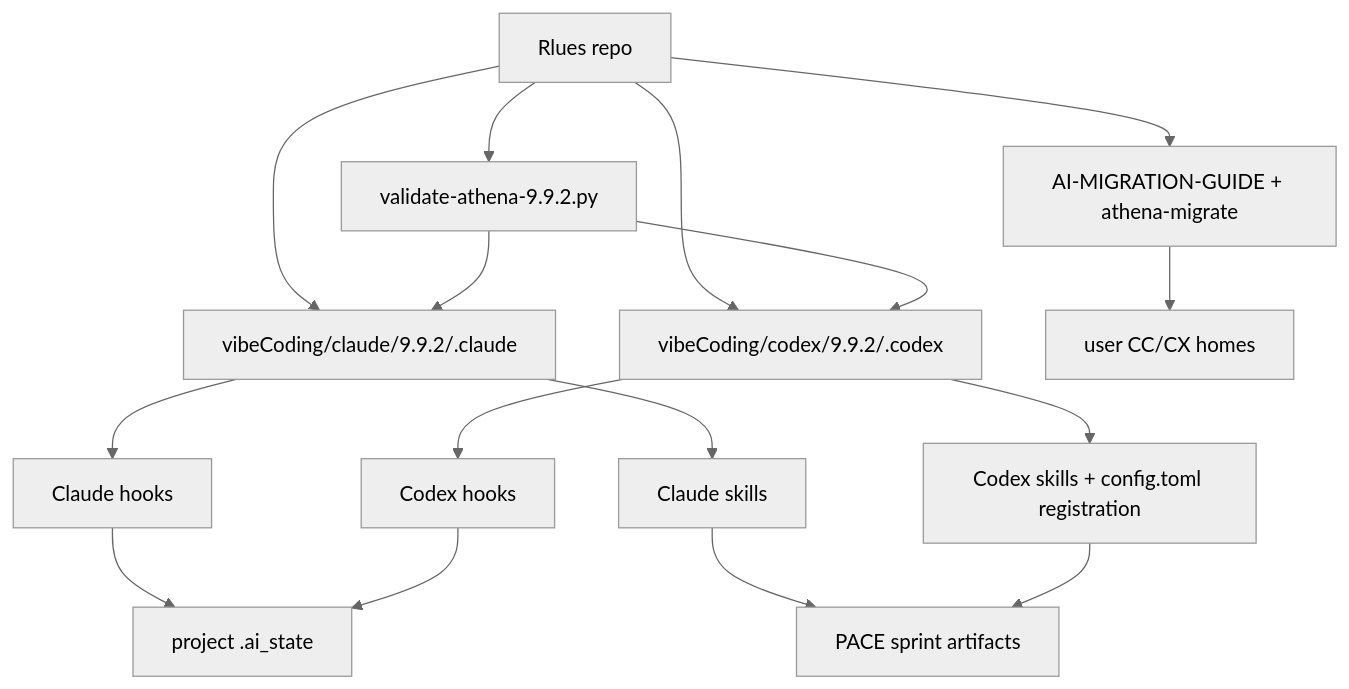
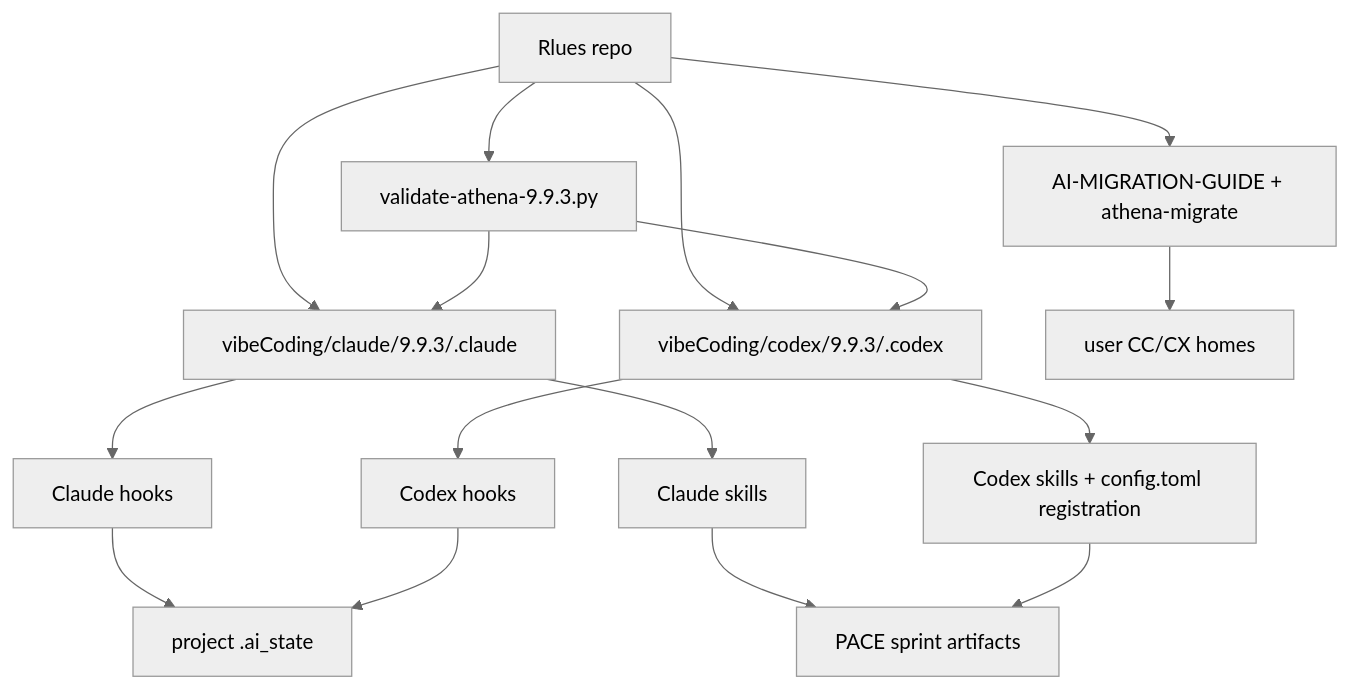
One commit to WenJunDuan/Rlues changed the first of 2 diagrams in .ai_state/architecture/ARCHITECTURE.md. Above: the diagram before and after it, drawn with Mermaid (neutral theme). The commit also changed other lines of this file and 19 other files, not shown here.

````diff
--- a/.ai_state/architecture/ARCHITECTURE.md
+++ b/.ai_state/architecture/ARCHITECTURE.md
@@ -28,18 +28,18 @@
 ```mermaid
 graph TD
-    Repo["Rlues repo"] --> ClaudePkg["vibeCoding/claude/9.9.2/.claude"]
-    Repo --> CodexPkg["vibeCoding/codex/9.9.2/.codex"]
-    Repo --> Validator["validate-athena-9.9.2.py"]
+    Repo["Rlues repo"] --> ClaudePkg["vibeCoding/claude/9.9.3/.claude"]
+    Repo --> CodexPkg["vibeCoding/codex/9.9.3/.codex"]
+    Repo --> Validator["validate-athena-9.9.3.py"]
     Repo --> Migration["AI-MIGRATION-GUIDE + athena-migrate"]
     ClaudePkg --> CCHooks["Claude hooks"]
     CodexPkg --> CXHooks["Codex hooks"]
     ClaudePkg --> CCSkills["Claude skills"]
     CodexPkg --> CXSkills["Codex skills + config.toml registration"]
     CCHooks --> AIState["project .ai_state"]
     CXHooks --> AIState
     CCSkills --> Sprint["PACE sprint artifacts"]
     CXSkills --> Sprint
     Validator --> ClaudePkg
     Validator --> CodexPkg
     Migration --> UserHome["user CC/CX homes"]
 ```
````
